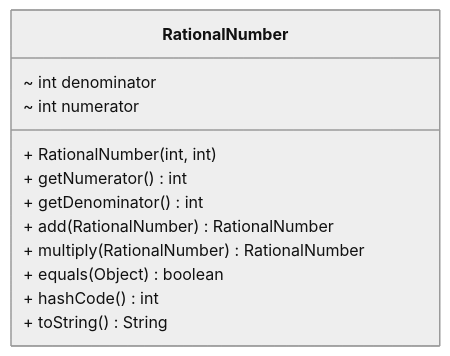
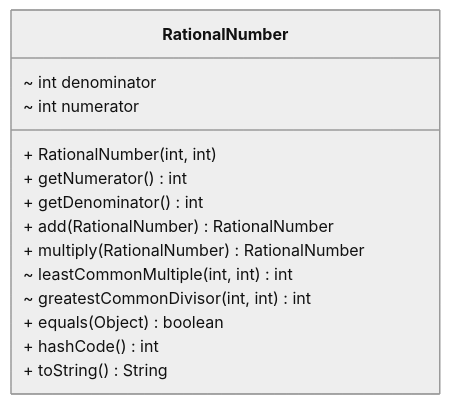
One commit to nbicocchi/learn-java-core changed the second of 14 diagrams in src/main/java/com/nbicocchi/exercises/oop/README.md. Above: the diagram before and after it, drawn with Mermaid (neutral theme). The commit also changed other lines of this file and 2 other files, not shown here.

````diff
--- a/src/main/java/com/nbicocchi/exercises/oop/README.md
+++ b/src/main/java/com/nbicocchi/exercises/oop/README.md
@@ -49,16 +69,18 @@
 ```mermaid
 classDiagram
 direction BT
 class RationalNumber {
   ~ int denominator
   ~ int numerator
   + RationalNumber(int, int) 
   + getNumerator() int
   + getDenominator() int
   + add(RationalNumber) RationalNumber
   + multiply(RationalNumber) RationalNumber
+  ~ leastCommonMultiple(int, int) int
+  ~ greatestCommonDivisor(int, int) int
   + equals(Object) boolean
   + hashCode() int
   + toString() String
 }
 ```
````
